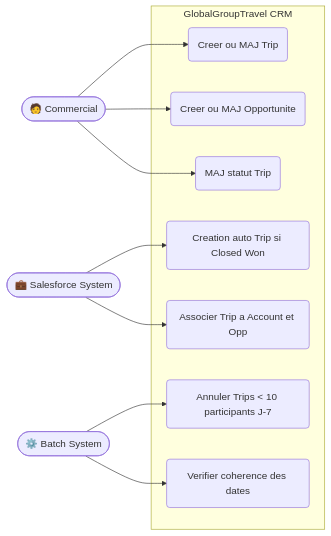
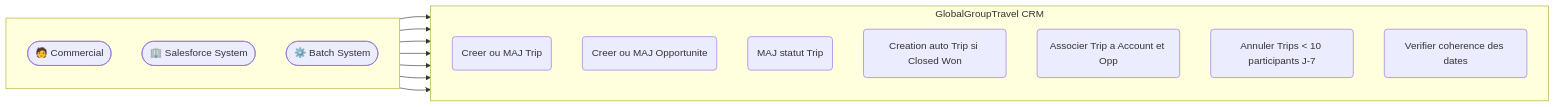
Before and after one commit to muriellemajeste1971-collab/Projet-8-Structurez-une-BDD-d-une-organisation-Salesforce-pour-une-entreprise: the second of 6 diagrams in README.md, drawn with Mermaid. The commit also changed other lines of this file, not shown here.

````diff
--- a/README.md
+++ b/README.md
@@ -47,29 +47,34 @@
 ```mermaid
 flowchart LR
-    %% Acteurs (imitations des acteurs UML)
-    Commercial([🧑 Commercial])
-    SalesforceSystem([💼 Salesforce System])
-    BatchSystem([⚙️ Batch System])
 
-    %% Système
+    %% --- Acteurs (alignés verticalement) ---
+    subgraph Actors[ ]
+        direction TB
+        Commercial([🧑 Commercial])
+        SalesforceSystem([🏢 Salesforce System])
+        BatchSystem([⚙️ Batch System])
+    end
+
+    %% --- Système ---
     subgraph System[GlobalGroupTravel CRM]
+        direction TB
         UC1(Creer ou MAJ Trip)
         UC2(Creer ou MAJ Opportunite)
         UC3(MAJ statut Trip)
         UC4(Creation auto Trip si Closed Won)
         UC5(Associer Trip a Account et Opp)
         UC6(Annuler Trips < 10 participants J-7)
         UC7(Verifier coherence des dates)
     end
 
-    %% Relations
+    %% --- Relations ---
     Commercial --> UC1
     Commercial --> UC2
     Commercial --> UC3
 
     SalesforceSystem --> UC4
     SalesforceSystem --> UC5
 
     BatchSystem --> UC6
     BatchSystem --> UC7
 ```
````
